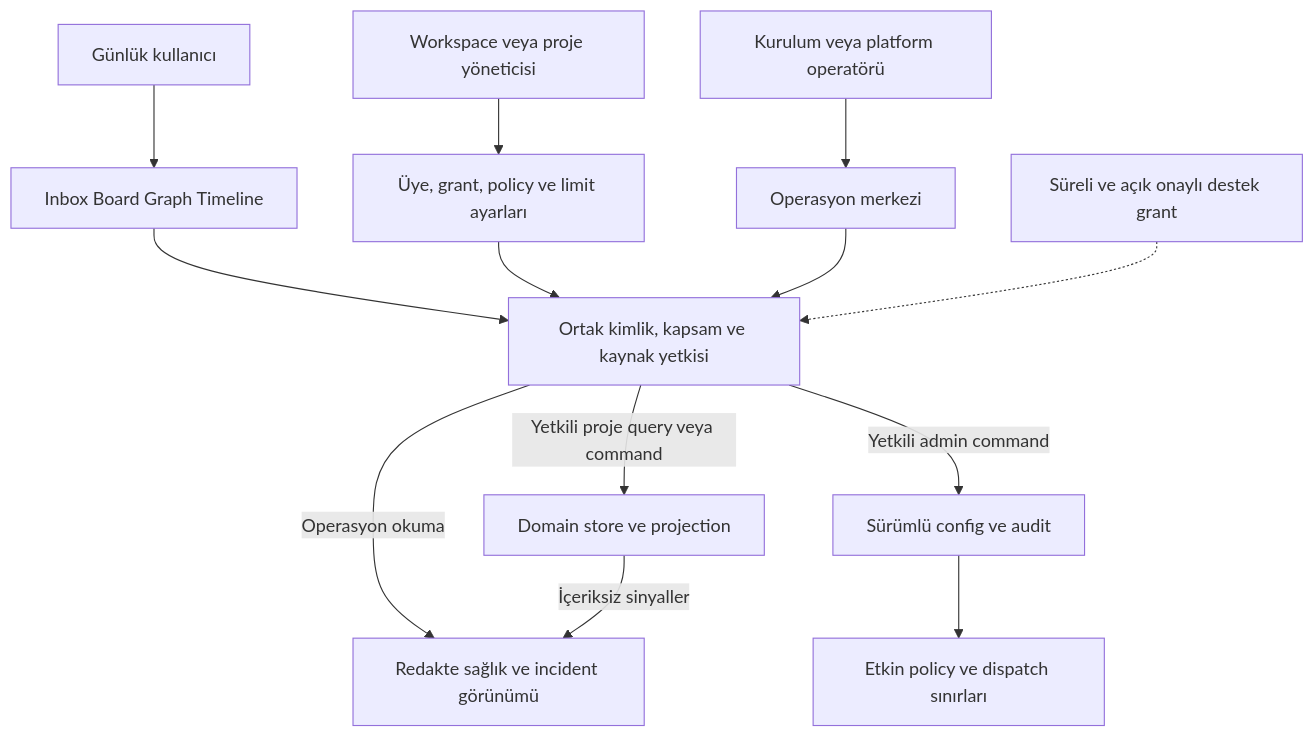
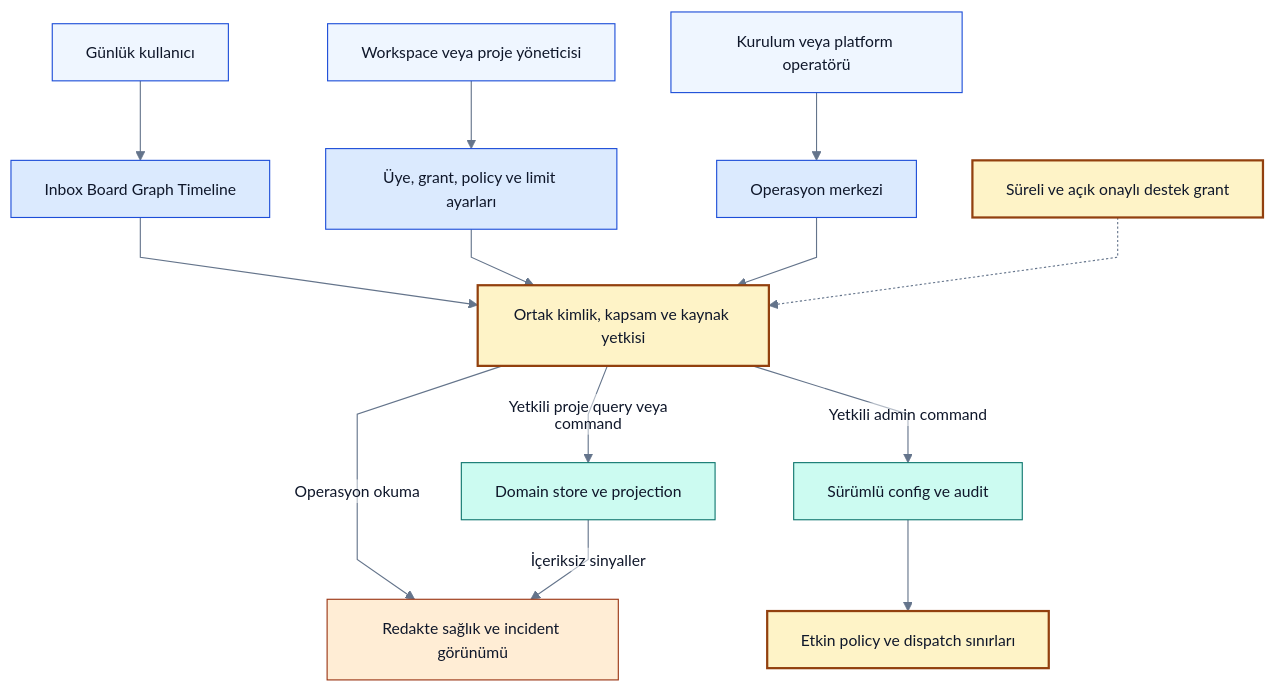
Before and after one commit to alphanAkbulut/decivora: diagram 12 of 13 in docs/architecture/diagrams.md, drawn with Mermaid. The commit also changed other lines of this file and 21 other files, not shown here.

Commit message:
Refresh all Mermaid diagrams, clarify decision states and document rendering evidence

````diff
--- a/docs/architecture/diagrams.md
+++ b/docs/architecture/diagrams.md
@@ -325,15 +479,28 @@
 ```mermaid
+%%{init: {"theme":"base","themeVariables":{"fontFamily":"Arial, sans-serif","fontSize":"14px","primaryColor":"#eff6ff","primaryTextColor":"#0f172a","primaryBorderColor":"#1d4ed8","lineColor":"#64748b","secondaryColor":"#ccfbf1","tertiaryColor":"#f1f5f9","background":"#ffffff","mainBkg":"#eff6ff","textColor":"#0f172a","clusterBkg":"#f8fafc","clusterBorder":"#94a3b8","edgeLabelBackground":"#ffffff","actorBkg":"#eff6ff","actorTextColor":"#0f172a","actorBorder":"#1d4ed8","signalColor":"#64748b","signalTextColor":"#0f172a","noteBkgColor":"#fef3c7","noteTextColor":"#0f172a","noteBorderColor":"#92400e"},"flowchart":{"htmlLabels":false,"curve":"linear"},"sequence":{"wrap":true},"themeCSS":"background-color:#ffffff;"}}%%
 flowchart TB
+    accTitle: Kullanıcı, admin ve operatör sınırları
+    accDescr: Önerilen tasarım veya açıkça belirtilen sentetik örnek. Renkler alan ve kontrol türünü gösterir; implemented veya passed kanıtı değildir. Yetki, revision ve coverage sınırları korunur.
     USER[Günlük kullanıcı] --> APP[Inbox Board Graph Timeline]
     OWNER[Workspace veya proje yöneticisi] --> SETTINGS[Üye, grant, policy ve limit ayarları]
     OP[Kurulum veya platform operatörü] --> OPS[Operasyon merkezi]
     APP --> AUTH[Ortak kimlik, kapsam ve kaynak yetkisi]
     SETTINGS --> AUTH
     OPS --> AUTH
     AUTH -->|Yetkili proje query veya command| DOMAIN[Domain store ve projection]
     AUTH -->|Yetkili admin command| CONFIG[Sürümlü config ve audit]
     AUTH -->|Operasyon okuma| HEALTH[Redakte sağlık ve incident görünümü]
     DOMAIN -->|İçeriksiz sinyaller| HEALTH
     CONFIG --> POLICY[Etkin policy ve dispatch sınırları]
     SUPPORT[Süreli ve açık onaylı destek grant] -.-> AUTH
+    classDef source fill:#eff6ff,stroke:#1d4ed8,color:#0f172a
+    classDef process fill:#dbeafe,stroke:#1d4ed8,color:#0f172a
+    classDef gate fill:#fef3c7,stroke:#92400e,color:#0f172a,stroke-width:2px
+    classDef store fill:#ccfbf1,stroke:#0f766e,color:#0f172a
+    classDef warning fill:#ffedd5,stroke:#9a3412,color:#0f172a
+    class USER,OWNER,OP source
+    class APP,SETTINGS,OPS process
+    class AUTH,SUPPORT,POLICY gate
+    class DOMAIN,CONFIG store
+    class HEALTH warning
 ```
````
